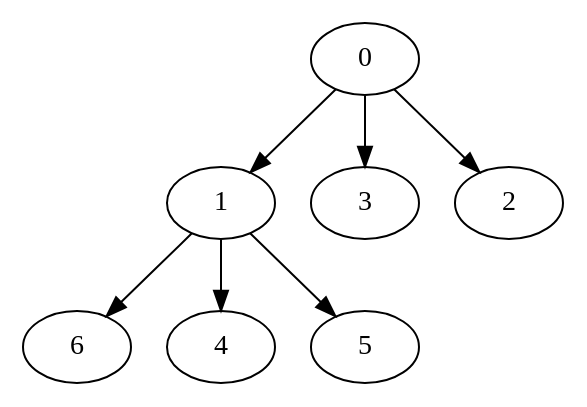
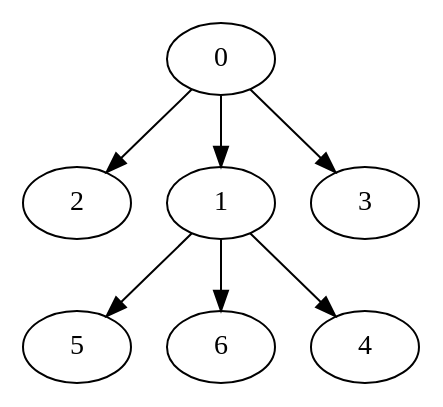
One commit to Akrya/Scheduler changed the diagram in Nodes_7_OutTree-output.dot. Above: the diagram before and after it, drawn with Graphviz. The commit also changed 5 other files, not shown here.

Commit message:
Saved the x and y coordinates for the text that needs to be displayed on the chart

```diff
--- a/Nodes_7_OutTree-output.dot
+++ b/Nodes_7_OutTree-output.dot
@@ -1,15 +1,15 @@
 digraph "Nodes_7_OutTree-output" {
-	 0	 [Weight=5.0,Start=0.0,Processor=0];
-	 1	 [Weight=6.0,Start=5.0,Processor=0];
-	 6	 [Weight=7.0,Start=17.0,Processor=0];
-	 3	 [Weight=6.0,Start=11.0,Processor=0];
-	 4	 [Weight=4.0,Start=24.0,Processor=0];
-	 2	 [Weight=5.0,Start=16.0,Processor=1];
-	 5	 [Weight=7.0,Start=21.0,Processor=1];
+	 5	 [Weight=7.0,Start=15.0,Processor=0];
+	 2	 [Weight=5.0,Start=22.0,Processor=0];
+	 1	 [Weight=6.0,Start=5.0,Processor=1];
+	 6	 [Weight=7.0,Start=11.0,Processor=1];
+	 4	 [Weight=4.0,Start=18.0,Processor=1];
+	 3	 [Weight=6.0,Start=22.0,Processor=1];
+	 0	 [Weight=5.0,Start=0.0,Processor=1];
 	 0 -> 1	[Weight=15.0];
 	 0 -> 2	[Weight=11.0];
 	 0 -> 3	[Weight=11.0];
 	 1 -> 4	[Weight=19.0];
 	 1 -> 5	[Weight=4.0];
 	 1 -> 6	[Weight=21.0];
 }
```
